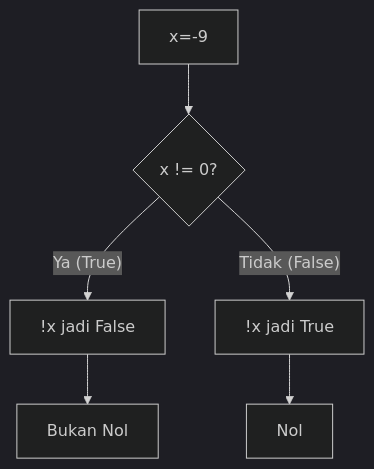
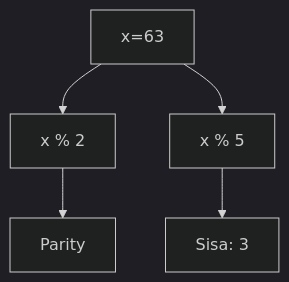
One commit to amnahwaida/OSNK_INF_PREP changed the seventh of 25 diagrams in part-c-pemahaman-cpp/02-percabangan/latihan/set-06.md. Above: the diagram before and after it, drawn with Mermaid (dark theme). The commit also changed other lines of this file and 71 other files, not shown here.

````diff
--- a/part-c-pemahaman-cpp/02-percabangan/latihan/set-06.md
+++ b/part-c-pemahaman-cpp/02-percabangan/latihan/set-06.md
@@ -234,8 +207,7 @@
 ```mermaid
 graph TD
-    A[x=-9] --> B{x != 0?}
-    B -- Ya (True) --> C["!x jadi False"]
-    B -- Tidak (False) --> D["!x jadi True"]
-    C --> E[Bukan Nol]
-    D --> F[Nol]
+A[x=63] --> B[x % 2]
+B --> C[Parity]
+A --> D[x % 5]
+D --> E[Sisa: 3]
 ```
````
